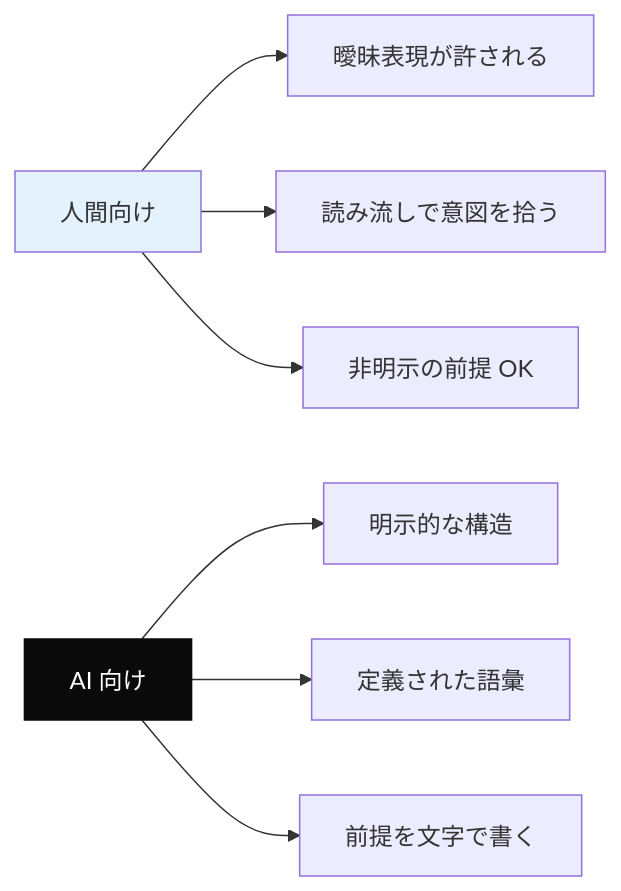
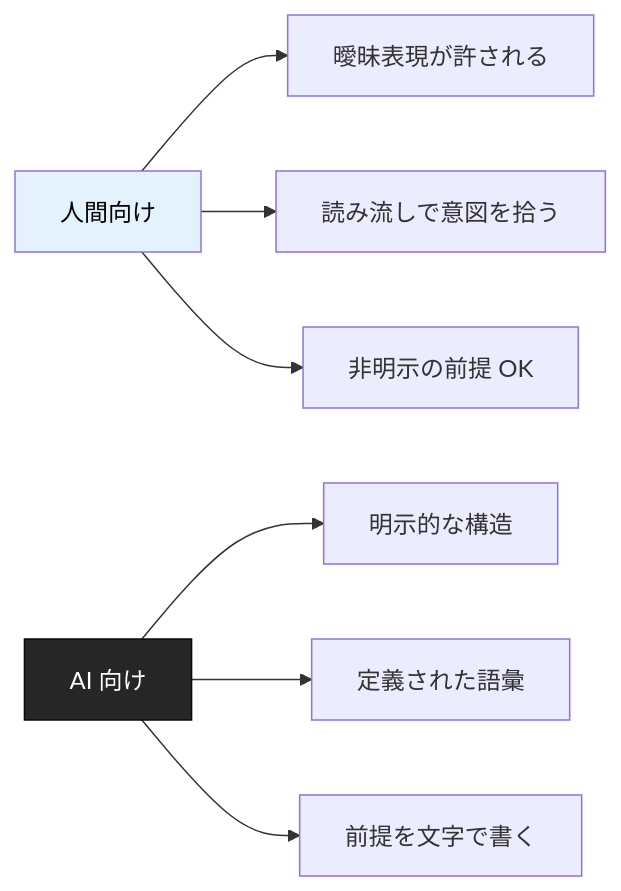
One commit to dinekt/dinekt-wiki changed the first of 2 diagrams in docs/techniques/ai-エージェントが読みやすいドキュメントの書き方.md. Above: the diagram before and after it, drawn with Mermaid. The commit also changed other lines of this file and 71 other files, not shown here.

First line of the commit message:
fix: mermaid readability + remove GitHub repo toolbar

````diff
--- a/docs/techniques/ai-エージェントが読みやすいドキュメントの書き方.md
+++ b/docs/techniques/ai-エージェントが読みやすいドキュメントの書き方.md
@@ -23,13 +23,13 @@
 ```mermaid
 flowchart LR
     H[人間向け] --> A1[曖昧表現が許される]
     H --> A2[読み流しで意図を拾う]
     H --> A3[非明示の前提 OK]
 
     AI[AI 向け] --> B1[明示的な構造]
     AI --> B2[定義された語彙]
     AI --> B3[前提を文字で書く]
 
-    style H fill:#e3f2fd
-    style AI fill:#0a0a0a,color:#fff,stroke:#0a0a0a
+    style H fill:#e3f2fd,color:#000
+    style AI fill:#262626,color:#fff,stroke:#0a0a0a
 ```
````
